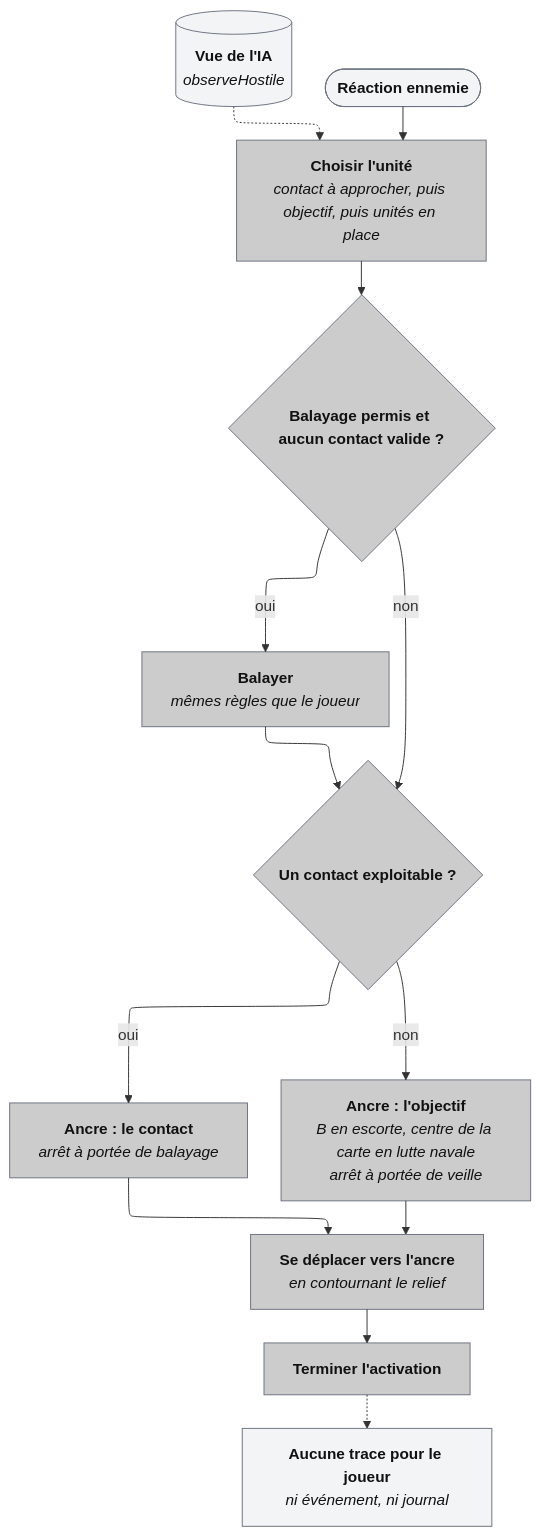
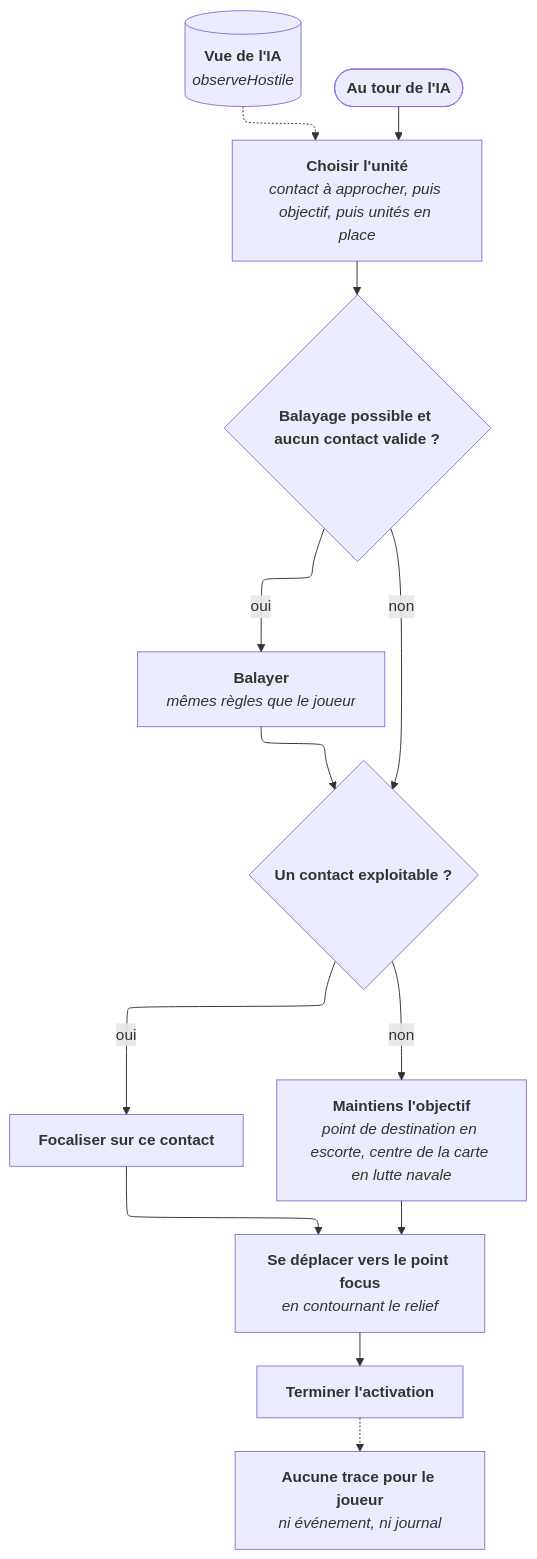
The diagram in docs/diagrams/05-ia.md (peangoulvant/Tacticoop), drawn with Mermaid before and after one commit. The commit also changed other lines of this file and 9 other files, not shown here.

Commit message:
docs: update diagrams

````diff
--- a/docs/diagrams/05-ia.md
+++ b/docs/diagrams/05-ia.md
@@ -5,25 +6,24 @@
 ```mermaid
 ---
 config:
   layout: elk
+  theme: default
+  look: classic
 ---
 flowchart TB
-    vue[("`**Vue de l'IA**<br>*observeHostile*`")]:::ext
-    debut(["`**Réaction ennemie**`"]):::ext --> choix["`**Choisir l'unité**<br>*contact à approcher, puis objectif, puis unités en place*`"]:::ui
+    vue[("`**Vue de l'IA**<br>*observeHostile*`")]
+    debut(["`**Au tour de l'IA**`"]) --> choix["`**Choisir l'unité**<br>*contact à approcher, puis objectif, puis unités en place*`"]
     vue -.-> choix
-    choix --> balayer{"`**Balayage permis et aucun contact valide ?**`"}:::ui
-    balayer -->|"oui"| balayage["`**Balayer**<br>*mêmes règles que le joueur*`"]:::ui
+    choix --> balayer{"`**Balayage possible et aucun contact valide ?**`"}
+    balayer -->|"oui"| balayage["`**Balayer**<br>*mêmes règles que le joueur*`"]
     balayer -->|"non"| intention
-    balayage --> intention{"`**Un contact exploitable ?**`"}:::ui
-    intention -->|"oui"| contact["`**Ancre : le contact**<br>*arrêt à portée de balayage*`"]:::ui
-    intention -->|"non"| objectif["`**Ancre : l'objectif**<br>*B en escorte, centre de la carte en lutte navale<br>arrêt à portée de veille*`"]:::ui
+    balayage --> intention{"`**Un contact exploitable ?**`"}
+    intention -->|"oui"| contact["`**Focaliser sur ce contact**`"]
+    intention -->|"non"| objectif["`**Maintiens l'objectif**<br>*point de destination en escorte, centre de la carte en lutte navale*`"]
     contact --> aller
-    objectif --> aller["`**Se déplacer vers l'ancre**<br>*en contournant le relief*`"]:::ui
-    aller --> fin["`**Terminer l'activation**`"]:::ui
+    objectif --> aller["`**Se déplacer vers le point focus**<br>*en contournant le relief*`"]
+    aller --> fin["`**Terminer l'activation**`"]
 
-    note["`**Aucune trace pour le joueur**<br>*ni événement, ni journal*`"]:::ext
+    note["`**Aucune trace pour le joueur**<br>*ni événement, ni journal*`"]
     fin -.-> note
-
-    classDef ui fill:#cccccc,stroke:#6b7280,color:#111
-    classDef ext fill:#f3f4f6,stroke:#6b7280,color:#111
 ```
````
